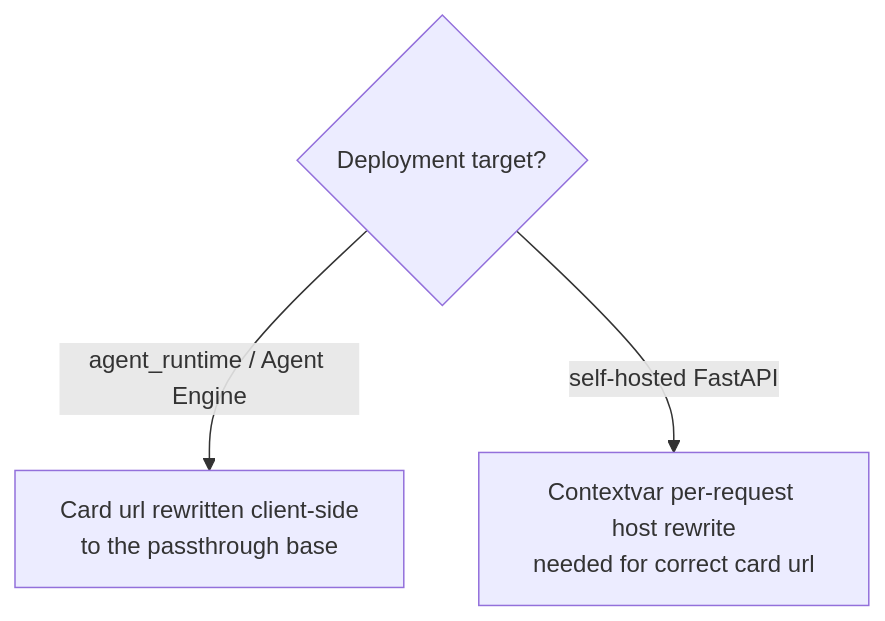
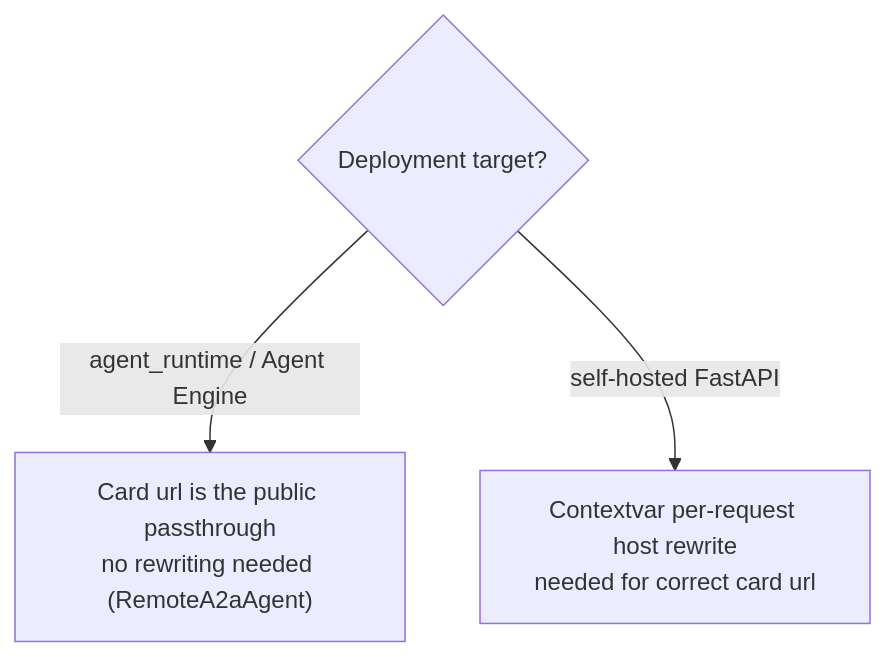
One commit to akashh94/akapal-geap-financial-planner changed the sixth of 9 diagrams in docs/A2A_ARCHITECTURE.md. Above: the diagram before and after it, drawn with Mermaid. The commit also changed other lines of this file and 11 other files, not shown here.

````diff
--- a/docs/A2A_ARCHITECTURE.md
+++ b/docs/A2A_ARCHITECTURE.md
@@ -167,6 +173,6 @@
 ```mermaid
 flowchart TD
     Q{Deployment target?}
-    Q -->|agent_runtime / Agent Engine| H["Card url rewritten client-side<br/>to the passthrough base"]
+    Q -->|agent_runtime / Agent Engine| H["Card url is the public passthrough<br/>no rewriting needed (RemoteA2aAgent)"]
     Q -->|self-hosted FastAPI| C["Contextvar per-request host rewrite<br/>needed for correct card url"]
 ```
````
